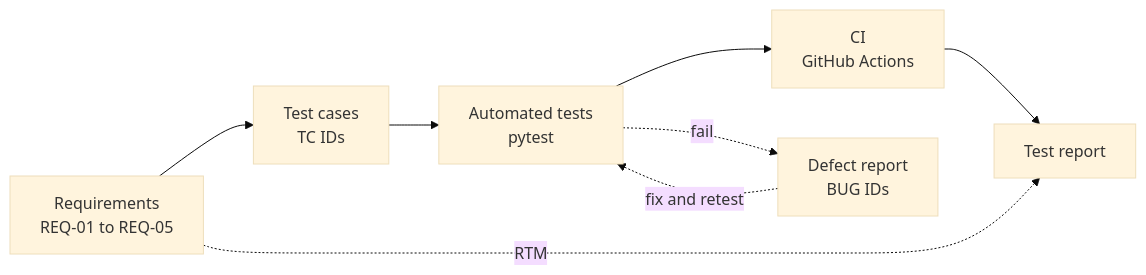
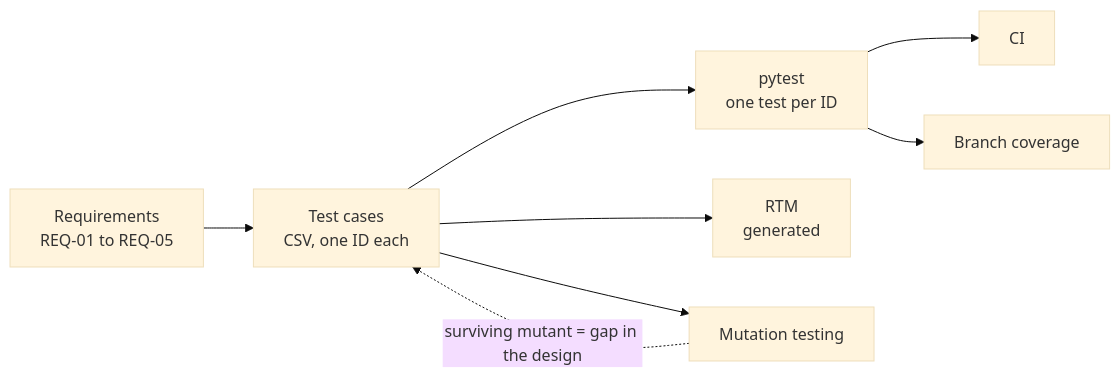
Before and after one commit to eungyun-im/Automotive-SW-QA: the first of 2 diagrams in README.md, drawn with Mermaid (base theme). The commit also changed other lines of this file and 25 other files, not shown here.

Commit message:
Implement AEB logic, CSV-driven tests, generated RTM and mutation testing

````diff
--- a/README.md
+++ b/README.md
@@ -28,10 +32,10 @@
 ```mermaid
 flowchart LR
-    R[Requirements<br>REQ-01 to REQ-05] --> T[Test cases<br>TC IDs]
-    T --> A[Automated tests<br>pytest]
-    A --> C[CI<br>GitHub Actions]
-    C --> P[Test report]
-    A -. fail .-> B[Defect report<br>BUG IDs]
-    B -. fix and retest .-> A
-    R -. RTM .-> P
+    R[Requirements<br>REQ-01 to REQ-05] --> T[Test cases<br>CSV, one ID each]
+    T --> A[pytest<br>one test per ID]
+    A --> C[CI]
+    T --> M[RTM<br>generated]
+    A --> V[Branch coverage]
+    T --> X[Mutation testing]
+    X -. surviving mutant = gap in the design .-> T
 ```
````
